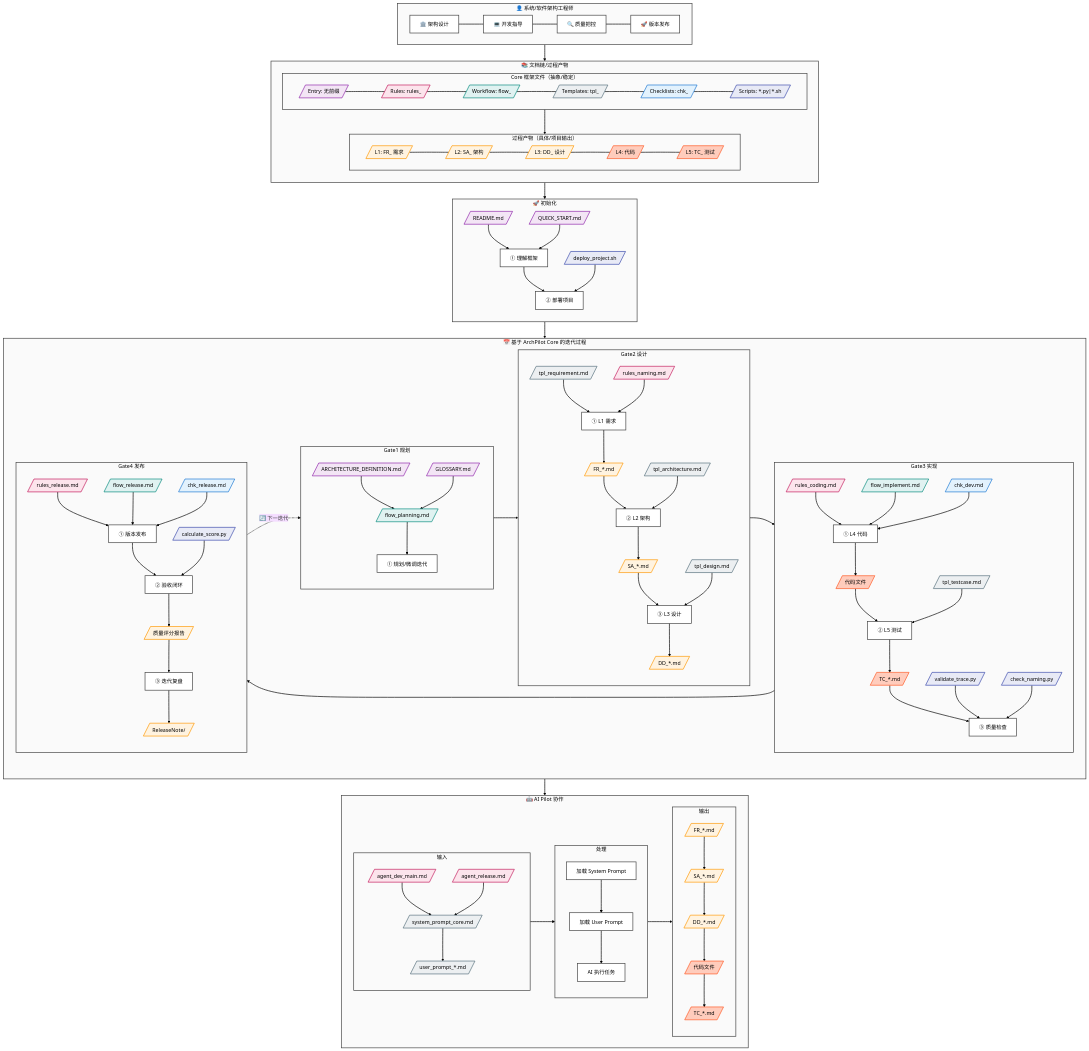
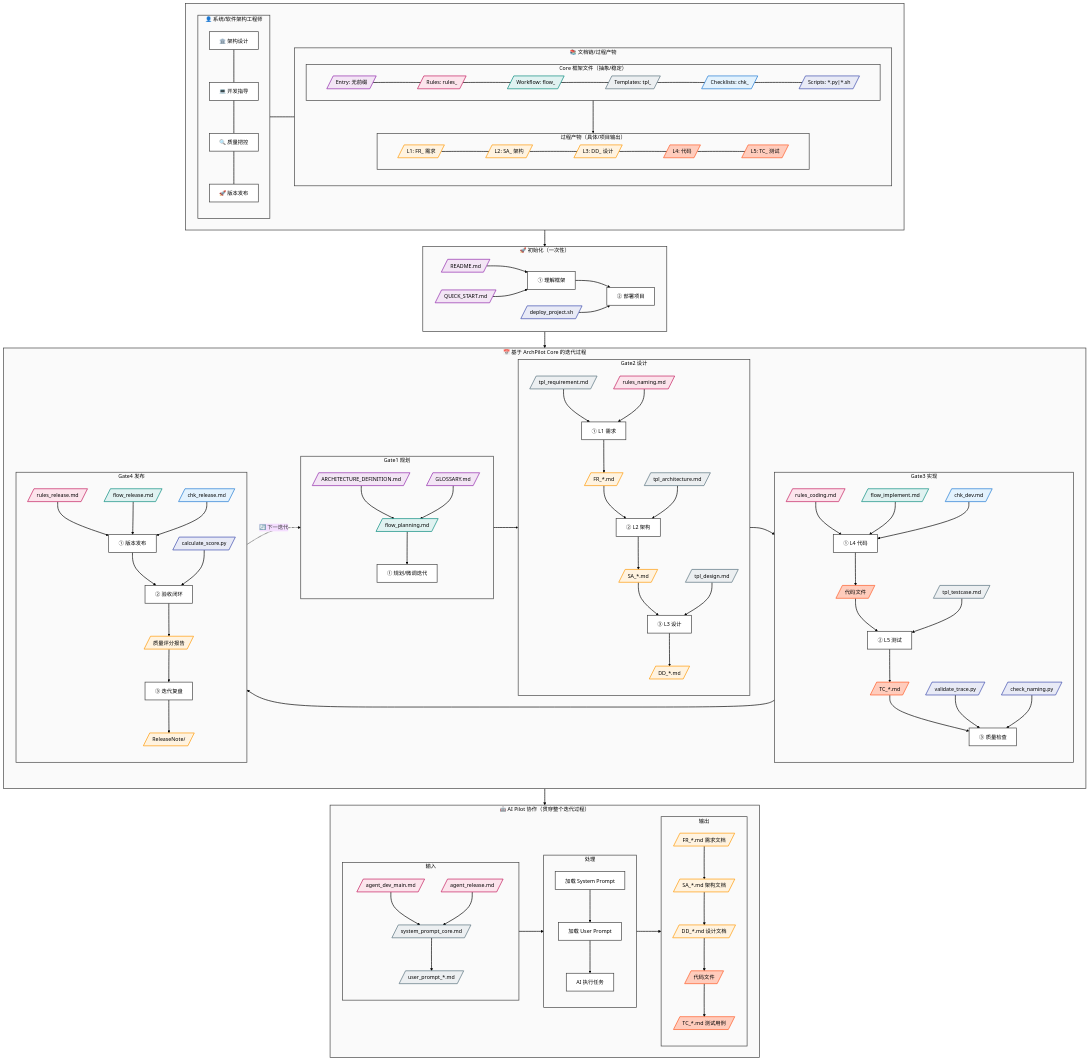
Before and after one commit to lukagithub/archpilot_core: the diagram in Governance/ARCH_PILOT_CORE_BASED_DEVELOPMENT.mmd, drawn with Mermaid.

```diff
--- a/Governance/ARCH_PILOT_CORE_BASED_DEVELOPMENT.mmd
+++ b/Governance/ARCH_PILOT_CORE_BASED_DEVELOPMENT.mmd
@@ -6,29 +6,38 @@
 %% ========================================
 
 flowchart TB
-    %% ==================== 角色入口 ====================
-    subgraph Role["👤 系统/软件架构工程师"]
+    %% ==================== 顶部：角色 + 文档链 并列 ====================
+    subgraph TopSection[" "]
         direction LR
-        R1["🏛️ 架构设计"] ~~~ R2["💻 开发指导"] ~~~ R3["🔍 质量把控"] ~~~ R4["🚀 版本发布"]
-    end
 
-    %% ==================== 图例（文档维度颜色） ====================
-    subgraph Legend["📚 文档链/过程产物"]
-        direction TB
-        subgraph LG1["Core 框架文件（抽象/稳定）"]
-            direction LR
-            L1[/"Entry: 无前缀"/] ~~~ L2[/"Rules: rules_"/] ~~~ L3[/"Workflow: flow_"/] ~~~ L4[/"Templates: tpl_"/] ~~~ L5[/"Checklists: chk_"/] ~~~ L5b[/"Scripts: *.py|*.sh"/]
+        subgraph Role["👤 系统/软件架构工程师"]
+            direction TB
+            R1["🏛️ 架构设计"]
+            R2["💻 开发指导"]
+            R3["🔍 质量把控"]
+            R4["🚀 版本发布"]
+            R1 ~~~ R2 ~~~ R3 ~~~ R4
         end
-        subgraph LG2["过程产物（具体/项目输出）"]
-            direction LR
-            L6[/"L1: FR_ 需求"/] ~~~ L7[/"L2: SA_ 架构"/] ~~~ L8[/"L3: DD_ 设计"/] ~~~ L9[/"L4: 代码"/] ~~~ L10[/"L5: TC_ 测试"/]
+
+        subgraph Legend["📚 文档链/过程产物"]
+            direction TB
+            subgraph LG1["Core 框架文件（抽象/稳定）"]
+                direction LR
+                L1[/"Entry: 无前缀"/] ~~~ L2[/"Rules: rules_"/] ~~~ L3[/"Workflow: flow_"/] ~~~ L4[/"Templates: tpl_"/] ~~~ L5[/"Checklists: chk_"/] ~~~ L5b[/"Scripts: *.py|*.sh"/]
+            end
+            subgraph LG2["过程产物（具体/项目输出）"]
+                direction LR
+                L6[/"L1: FR_ 需求"/] ~~~ L7[/"L2: SA_ 架构"/] ~~~ L8[/"L3: DD_ 设计"/] ~~~ L9[/"L4: 代码"/] ~~~ L10[/"L5: TC_ 测试"/]
+            end
+            LG1 --> LG2
         end
-        LG1 --> LG2
+
+        Role ~~~ Legend
     end
 
     %% ==================== 初始化（仅执行一次） ====================
-    subgraph Init["🚀 初始化"]
-        direction TB
+    subgraph Init["🚀 初始化（一次性）"]
+        direction LR
         I1["① 理解框架"]
         I_D1[/"README.md"/]
         I_D2[/"QUICK_START.md"/]
@@ -130,8 +139,8 @@
     %% 迭代闭环
     P4 -.->|🔄 下一迭代| P1
 
-    %% ==================== AI Pilot 协作（底部） ====================
-    subgraph AI_Pilot["🤖 AI Pilot 协作"]
+    %% ==================== AI Pilot 协作（底部支撑） ====================
+    subgraph AI_Pilot["🤖 AI Pilot 协作（贯穿整个迭代过程）"]
         direction LR
 
         subgraph AI_IN["输入"]
@@ -140,9 +149,6 @@
             AI_D2[/"agent_release.md"/]
             AI_D3[/"system_prompt_core.md"/]
             AI_D4[/"user_prompt_*.md"/]
-            AI_D1 --> AI_D3
-            AI_D2 --> AI_D3
-            AI_D3 --> AI_D4
         end
 
         subgraph AI_PROC["处理"]
@@ -150,25 +156,32 @@
             AI_P1["加载 System Prompt"]
             AI_P2["加载 User Prompt"]
             AI_P3["AI 执行任务"]
-            AI_P1 --> AI_P2 --> AI_P3
         end
 
         subgraph AI_OUT["输出"]
             direction TB
-            AI_O1[/"FR_*.md"/]
-            AI_O2[/"SA_*.md"/]
-            AI_O3[/"DD_*.md"/]
+            AI_O1[/"FR_*.md 需求文档"/]
+            AI_O2[/"SA_*.md 架构文档"/]
+            AI_O3[/"DD_*.md 设计文档"/]
             AI_O4[/"代码文件"/]
-            AI_O5[/"TC_*.md"/]
-            AI_O1 --> AI_O2 --> AI_O3 --> AI_O4 --> AI_O5
+            AI_O5[/"TC_*.md 测试用例"/]
         end
 
-        AI_IN ==> AI_PROC ==> AI_OUT
+        AI_D1 --> AI_D3
+        AI_D2 --> AI_D3
+        AI_D3 --> AI_D4
+        AI_D4 --> AI_P1
+        AI_P1 --> AI_P2
+        AI_P2 --> AI_P3
+        AI_P3 --> AI_O1
+        AI_O1 --> AI_O2
+        AI_O2 --> AI_O3
+        AI_O3 --> AI_O4
+        AI_O4 --> AI_O5
     end
 
     %% ==================== 层级连接 ====================
-    Role --> Legend
-    Legend --> Init
+    TopSection --> Init
     Init --> Phases
     Phases --> AI_Pilot
 
@@ -193,7 +206,7 @@
     classDef outputHighStyle fill:#ffccbc,stroke:#ff5722,stroke-width:2px,color:#000
 
     %% 应用样式 - 所有大框统一
-    class Role,Legend,LG1,LG2,Init,Phases,P1,P2,P3,P4,AI_Pilot,AI_IN,AI_PROC,AI_OUT frameStyle
+    class TopSection,Role,Legend,LG1,LG2,Init,Phases,P1,P2,P3,P4,AI_Pilot,AI_IN,AI_PROC,AI_OUT frameStyle
     class P1_S,P2_S,P2_M,P2_E,P3_S,P3_M,P3_E,P4_S,P4_M,P4_E stepStyle
     class AI_P1,AI_P2,AI_P3 stepStyle
     class R1,R2,R3,R4 stepStyle
@@ -240,5 +253,6 @@
     %% AI Pilot: 输入(Core文件) + 输出(过程产物-高饱和暖色)
     class AI_D1,AI_D2 ruleStyle
     class AI_D3,AI_D4 tplStyle
+    class AI_P1,AI_P2,AI_P3 stepStyle
     class AI_O1,AI_O2,AI_O3 outputStyle
     class AI_O4,AI_O5 outputHighStyle
```
